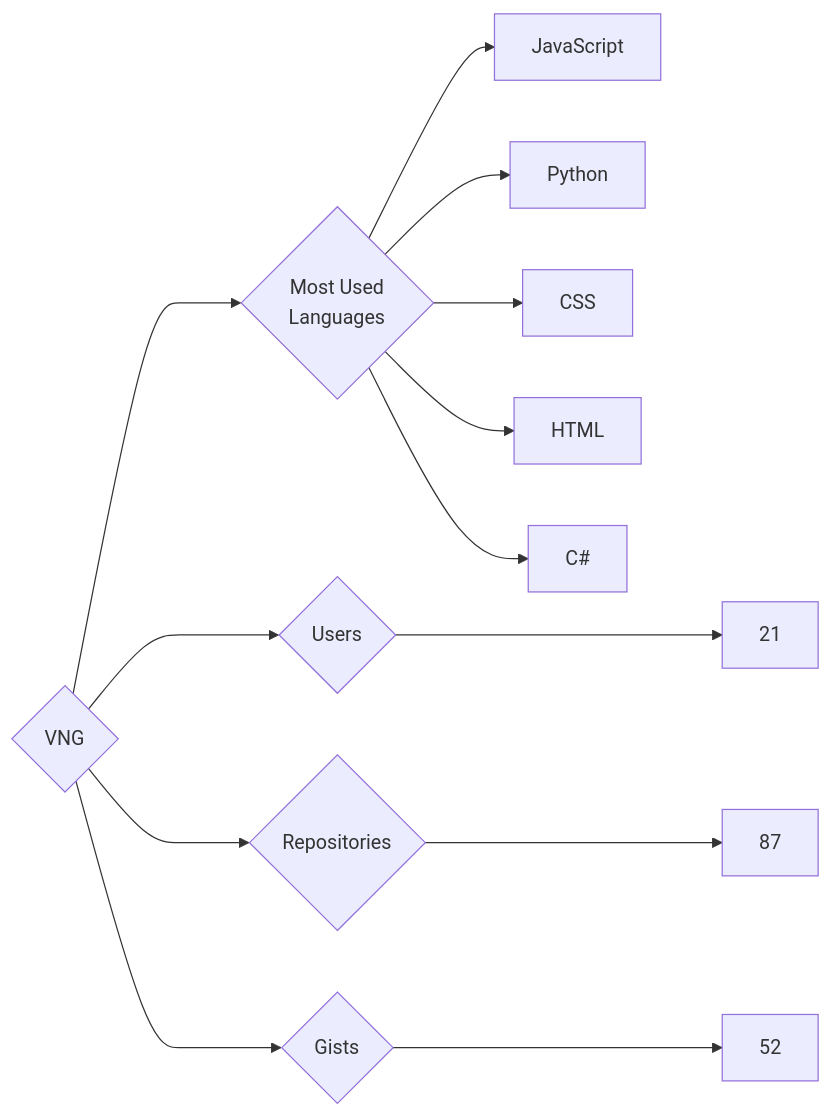
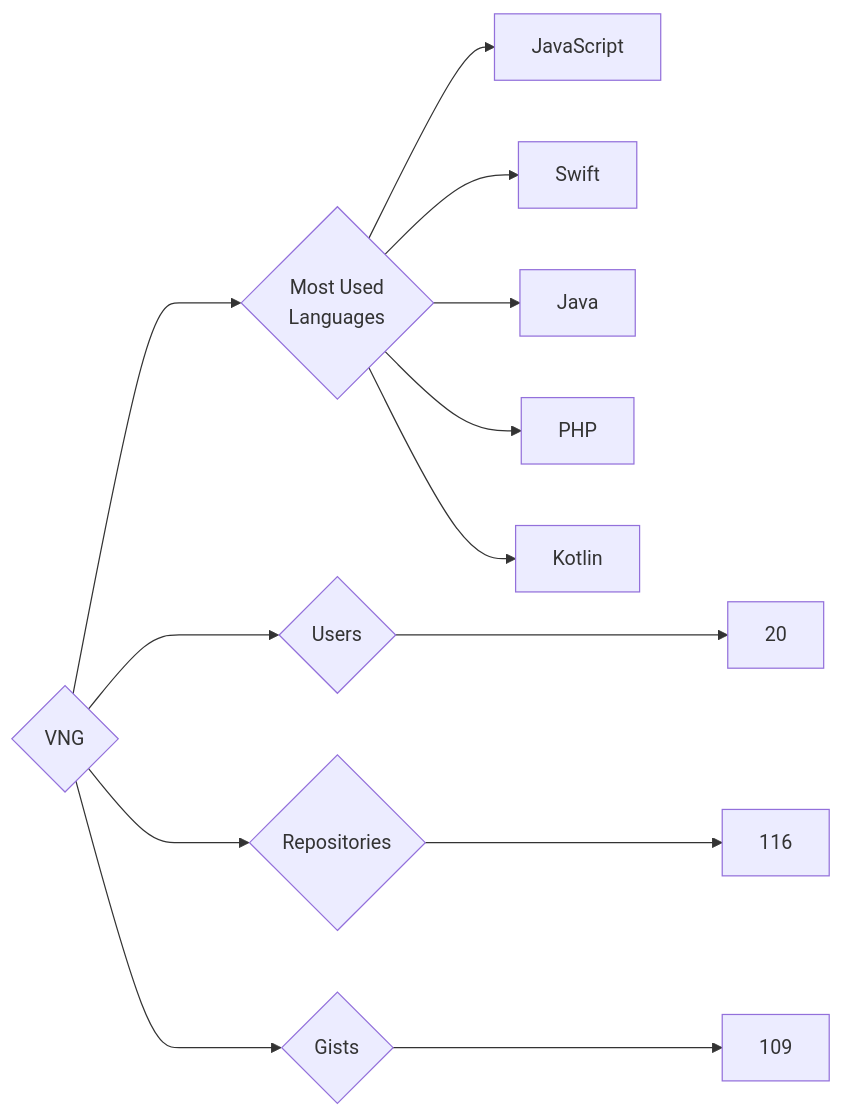
The diagram in targets/VNG/README.md (trickest/insiders), drawn with Mermaid before and after one commit. The commit also changed 970 other files, not shown here.

````diff
--- a/targets/VNG/README.md
+++ b/targets/VNG/README.md
@@ -3,13 +3,13 @@
 ```mermaid
 graph LR
 COMPANY_NAME{VNG}
-COMPANY_NAME ---> U{Users} ---> UN[21]
-COMPANY_NAME ---> R{Repositories} ---> RN[87]
-COMPANY_NAME ---> G{Gists} ---> GN[52]
+COMPANY_NAME ---> U{Users} ---> UN[20]
+COMPANY_NAME ---> R{Repositories} ---> RN[116]
+COMPANY_NAME ---> G{Gists} ---> GN[109]
 COMPANY_NAME ---> ML{Most Used<br>Languages}
 ML --> JavaScript[JavaScript]
-ML --> Python[Python]
-ML --> CSS[CSS]
-ML --> HTML[HTML]
-ML --> C#[C#]
+ML --> Swift[Swift]
+ML --> Java[Java]
+ML --> PHP[PHP]
+ML --> Kotlin[Kotlin]
 ```
````
